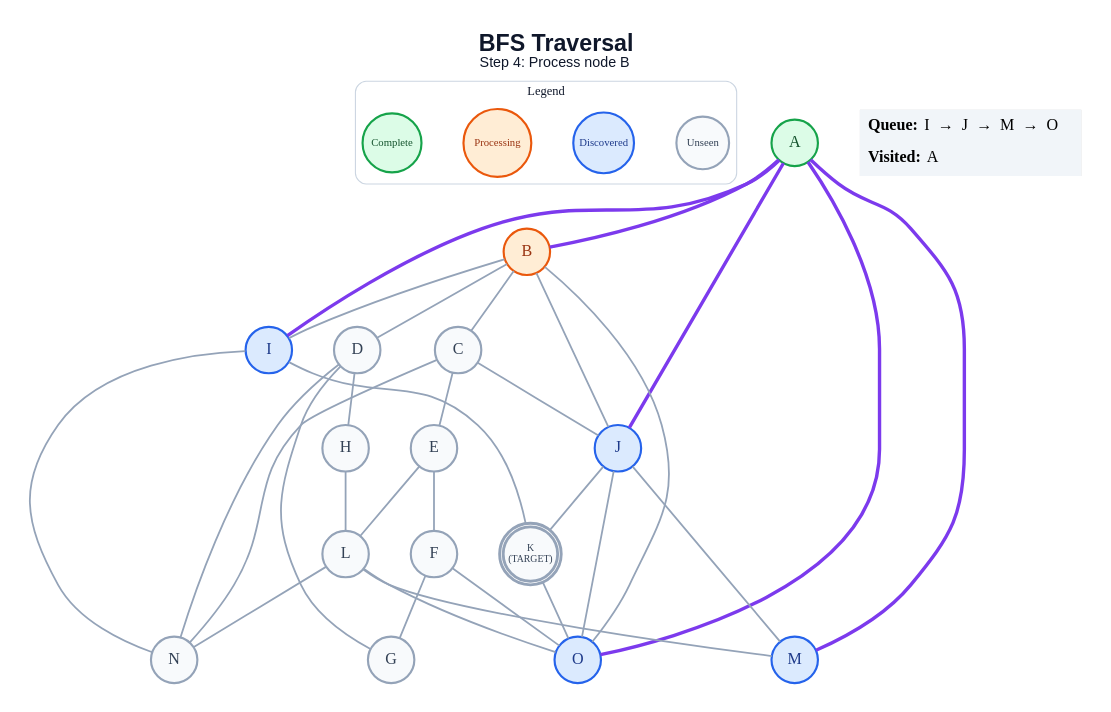
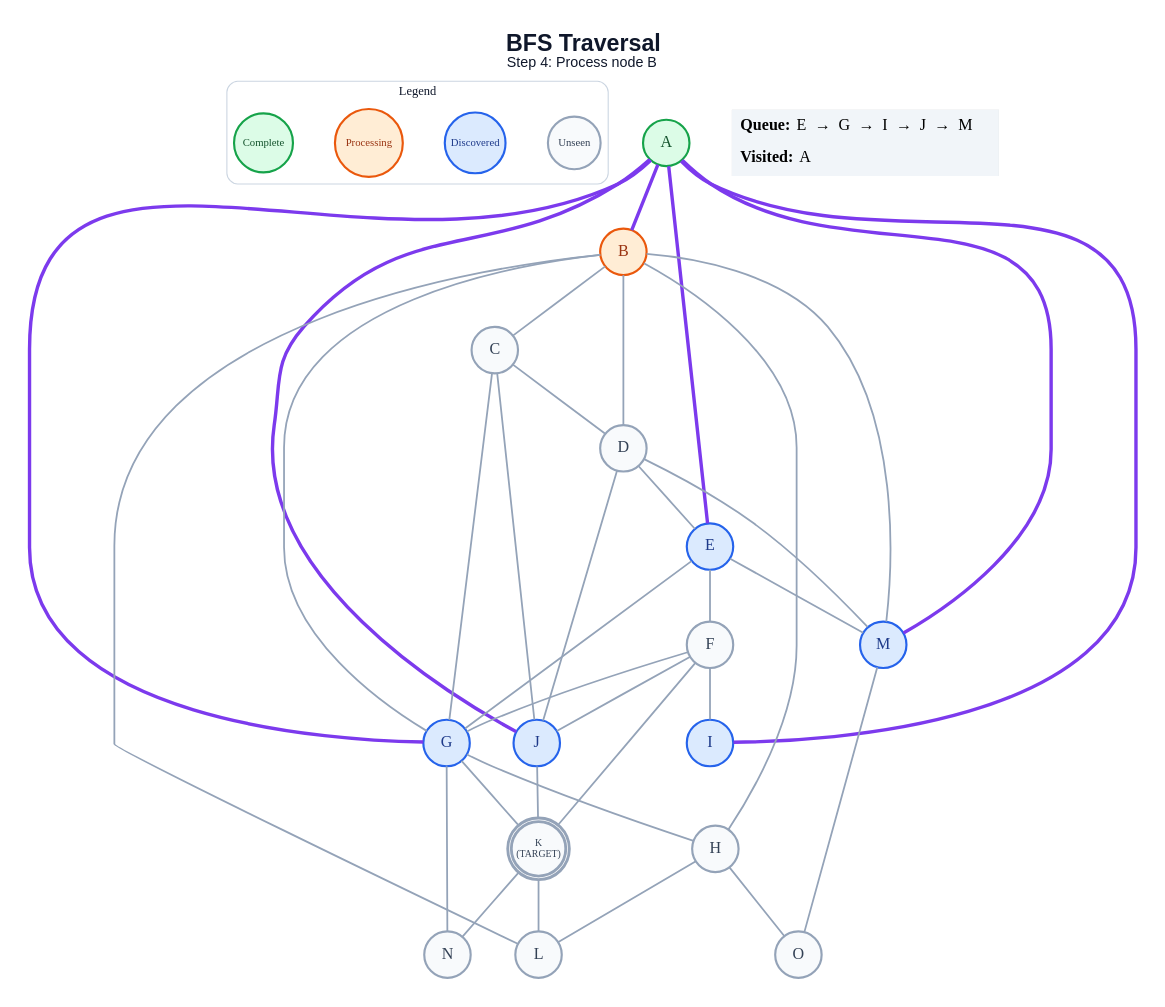
The diagram in generated/bfs/step_04.dot (anon7238593-create/ai-slop), drawn with Graphviz before and after one commit. The commit also changed 300 other files, not shown here.

```diff
--- a/generated/bfs/step_04.dot
+++ b/generated/bfs/step_04.dot
@@ -1,64 +1,68 @@
 graph traversal {
   graph [layout=dot, rankdir=TB, bgcolor="#FFFFFF", pad="0.35", nodesep="0.65", ranksep="0.8", fontname="Arial"];
   node [shape=circle, style="filled", fontname="Arial Bold", fontsize=18, width=0.72, fixedsize=true, penwidth=2.4];
   edge [color="#94A3B8", penwidth=2.0];
   label=<<B>BFS Traversal</B><BR/><FONT POINT-SIZE="16">Step 4: Process node B</FONT>>; labelloc="t"; fontsize=26; fontname="Arial"; fontcolor="#0F172A";
   subgraph cluster_legend { label="Legend"; color="#CBD5E1"; penwidth=1.2; style="rounded"; fontsize=14; fontname="Arial Bold";
     key_unseen [label="Unseen", fillcolor="#F8FAFC", color="#94A3B8", fontcolor="#334155", fontsize=12, width=0.82];
     key_frontier [label="Discovered", fillcolor="#DBEAFE", color="#2563EB", fontcolor="#1E3A8A", fontsize=12, width=0.95];
     key_current [label="Processing", fillcolor="#FFEDD5", color="#EA580C", fontcolor="#9A3412", fontsize=12, width=1.05];
     key_done [label="Complete", fillcolor="#DCFCE7", color="#16A34A", fontcolor="#14532D", fontsize=12, width=0.92];
     { rank=same; key_unseen; key_frontier; key_current; key_done; }
   }
   A [label="A", fillcolor="#DCFCE7", color="#16A34A", fontcolor="#14532D", peripheries=1, penwidth=2.4];
   B [label="B", fillcolor="#FFEDD5", color="#EA580C", fontcolor="#9A3412", peripheries=1, penwidth=2.4];
   C [label="C", fillcolor="#F8FAFC", color="#94A3B8", fontcolor="#334155", peripheries=1, penwidth=2.4];
   D [label="D", fillcolor="#F8FAFC", color="#94A3B8", fontcolor="#334155", peripheries=1, penwidth=2.4];
-  E [label="E", fillcolor="#F8FAFC", color="#94A3B8", fontcolor="#334155", peripheries=1, penwidth=2.4];
+  E [label="E", fillcolor="#DBEAFE", color="#2563EB", fontcolor="#1E3A8A", peripheries=1, penwidth=2.4];
   F [label="F", fillcolor="#F8FAFC", color="#94A3B8", fontcolor="#334155", peripheries=1, penwidth=2.4];
-  G [label="G", fillcolor="#F8FAFC", color="#94A3B8", fontcolor="#334155", peripheries=1, penwidth=2.4];
+  G [label="G", fillcolor="#DBEAFE", color="#2563EB", fontcolor="#1E3A8A", peripheries=1, penwidth=2.4];
   H [label="H", fillcolor="#F8FAFC", color="#94A3B8", fontcolor="#334155", peripheries=1, penwidth=2.4];
   I [label="I", fillcolor="#DBEAFE", color="#2563EB", fontcolor="#1E3A8A", peripheries=1, penwidth=2.4];
   J [label="J", fillcolor="#DBEAFE", color="#2563EB", fontcolor="#1E3A8A", peripheries=1, penwidth=2.4];
   K [label="K\n(TARGET)", fillcolor="#F8FAFC", color="#94A3B8", fontcolor="#334155", peripheries=2, penwidth=3.2, fontsize=11, width=0.85, height=0.85];
   L [label="L", fillcolor="#F8FAFC", color="#94A3B8", fontcolor="#334155", peripheries=1, penwidth=2.4];
   M [label="M", fillcolor="#DBEAFE", color="#2563EB", fontcolor="#1E3A8A", peripheries=1, penwidth=2.4];
   N [label="N", fillcolor="#F8FAFC", color="#94A3B8", fontcolor="#334155", peripheries=1, penwidth=2.4];
-  O [label="O", fillcolor="#DBEAFE", color="#2563EB", fontcolor="#1E3A8A", peripheries=1, penwidth=2.4];
+  O [label="O", fillcolor="#F8FAFC", color="#94A3B8", fontcolor="#334155", peripheries=1, penwidth=2.4];
   A -- B [color="#7C3AED", penwidth=3.8];
+  A -- E [color="#7C3AED", penwidth=3.8];
+  A -- G [color="#7C3AED", penwidth=3.8];
   A -- I [color="#7C3AED", penwidth=3.8];
   A -- J [color="#7C3AED", penwidth=3.8];
   A -- M [color="#7C3AED", penwidth=3.8];
-  A -- O [color="#7C3AED", penwidth=3.8];
   B -- C;
   B -- D;
-  B -- I;
-  B -- J;
-  B -- O;
-  C -- E;
+  B -- G;
+  B -- H;
+  B -- L;
+  B -- M;
+  C -- D;
+  C -- G;
   C -- J;
-  C -- N;
-  D -- G;
-  D -- H;
-  D -- N;
+  D -- E;
+  D -- J;
+  D -- M;
   E -- F;
-  E -- L;
+  E -- G;
+  E -- M;
   F -- G;
-  F -- O;
+  F -- I;
+  F -- J;
+  F -- K;
+  G -- H;
+  G -- K;
+  G -- N;
   H -- L;
-  I -- K;
-  I -- N;
+  H -- O;
   J -- K;
-  J -- M;
-  J -- O;
-  K -- O;
-  L -- M;
-  L -- N;
-  L -- O;
+  K -- L;
+  K -- N;
+  M -- O;
   status [shape=plain, fixedsize=false, width=0, height=0, margin=0, label=<
     <TABLE BORDER="0" CELLBORDER="0" CELLPADDING="7" BGCOLOR="#F1F5F9">
-      <TR><TD ALIGN="LEFT"><B>Queue:</B> I  →  J  →  M  →  O</TD></TR>
+      <TR><TD ALIGN="LEFT"><B>Queue:</B> E  →  G  →  I  →  J  →  M</TD></TR>
       <TR><TD ALIGN="LEFT"><B>Visited:</B> A</TD></TR>
     </TABLE>
   >];
 }
```
